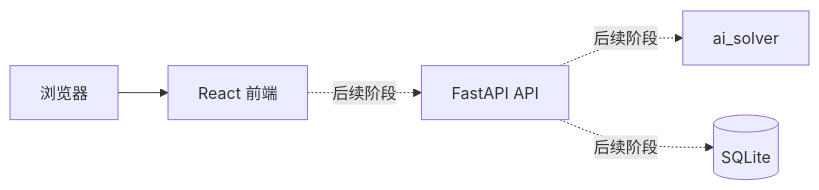
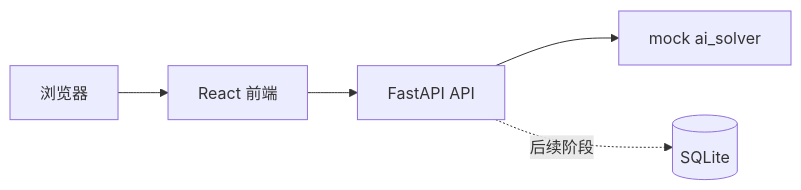
The diagram in docs/architecture.md (SZQ-code/leetcode_copilot), drawn with Mermaid before and after one commit. The commit also changed other lines of this file and 17 other files, not shown here.

Commit message:
feat: add mock problem solve flow

````diff
--- a/docs/architecture.md
+++ b/docs/architecture.md
@@ -7,7 +7,7 @@
 ```mermaid
 flowchart LR
     U[浏览器] --> F[React 前端]
-    F -. 后续阶段 .-> A[FastAPI API]
-    A -. 后续阶段 .-> S[ai_solver]
+    F --> A[FastAPI API]
+    A --> S[mock ai_solver]
     A -. 后续阶段 .-> D[(SQLite)]
 ```
````
